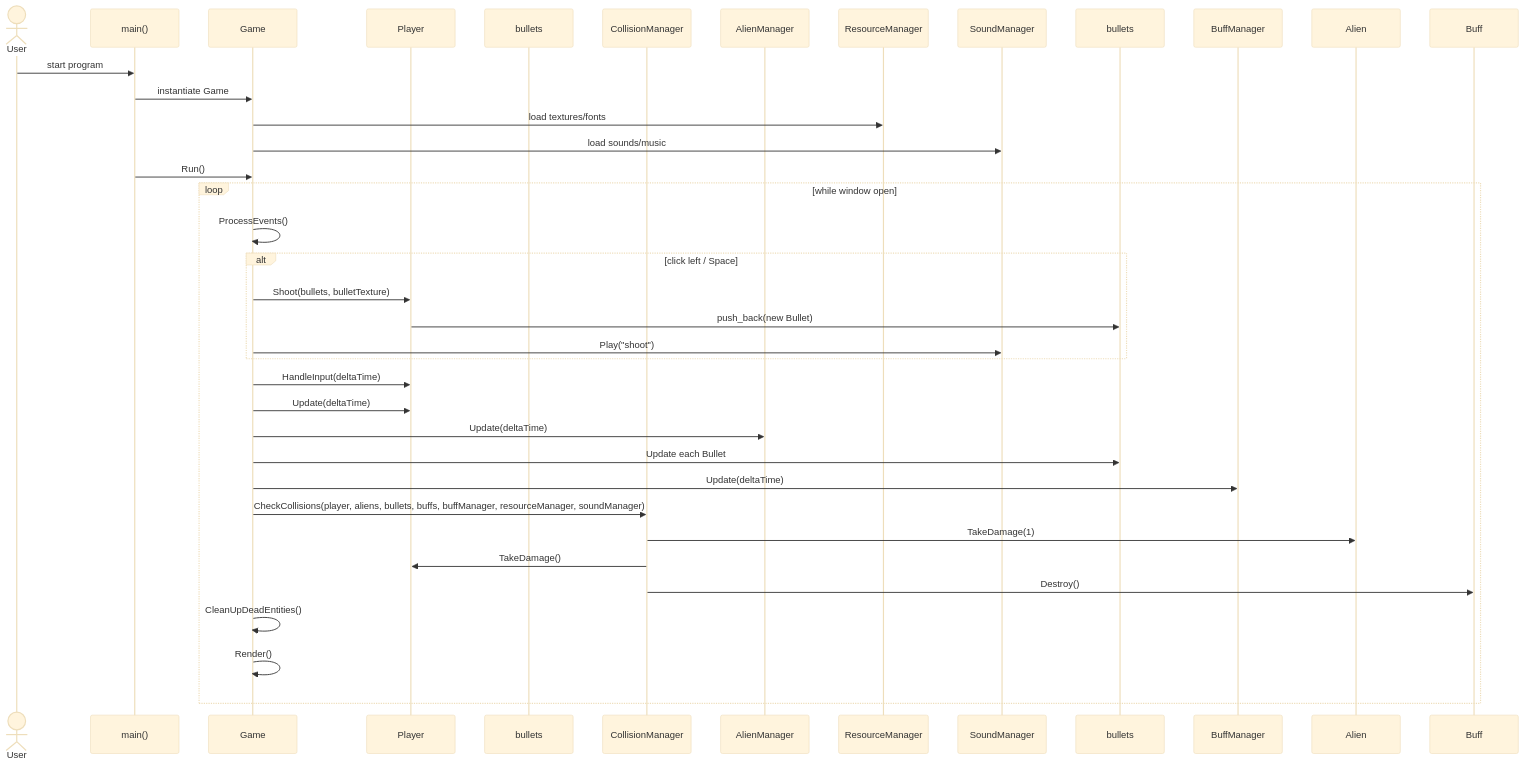
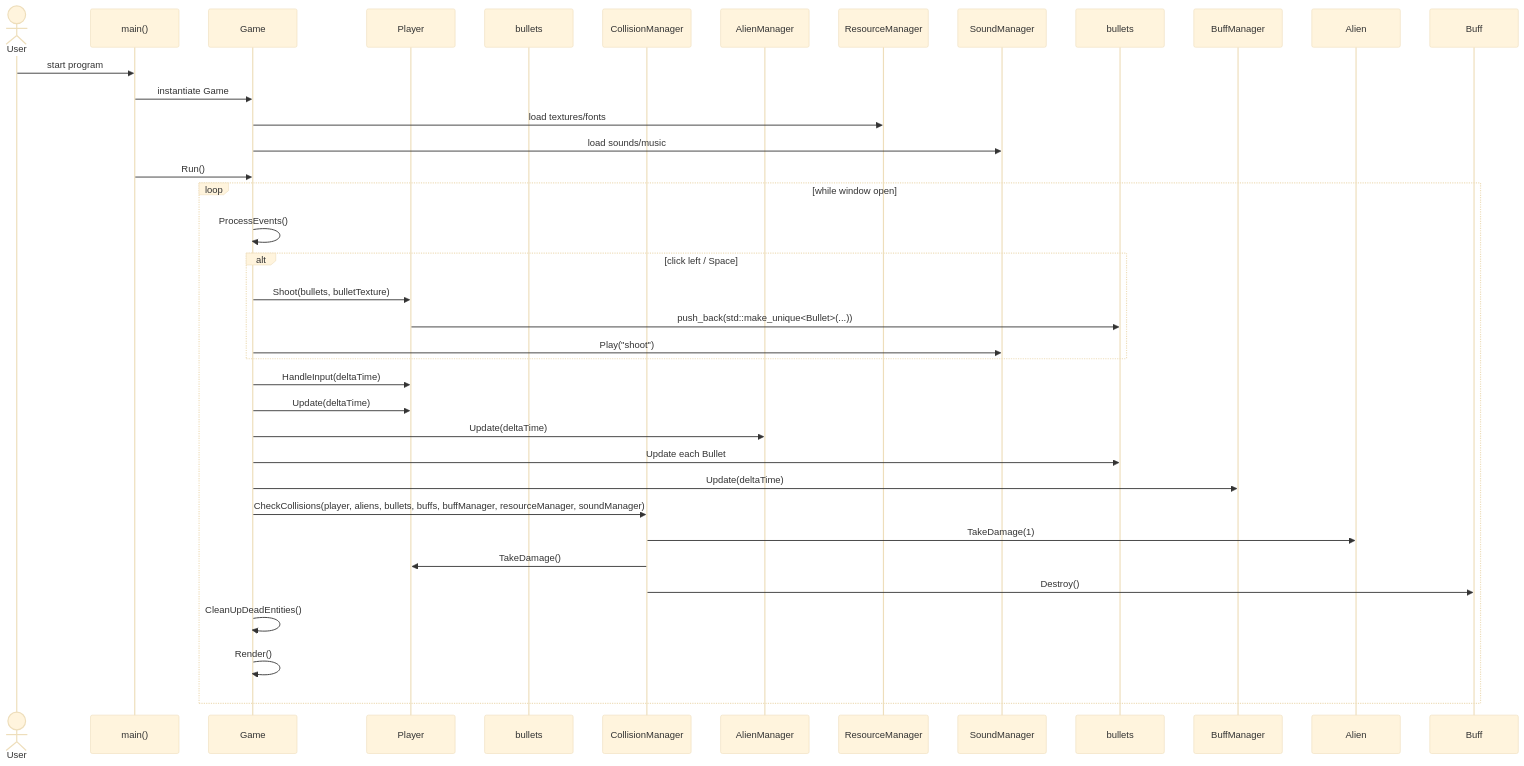
Before and after one commit to dnvinh2402/oop: the second of 3 diagrams in UML/uml_diagrams.md, drawn with Mermaid (base theme). The commit also changed other lines of this file and 26 other files, not shown here.

````diff
--- a/UML/uml_diagrams.md
+++ b/UML/uml_diagrams.md
@@ -258,36 +258,36 @@
 ```mermaid
 sequenceDiagram
     actor User
     participant main.cpp as main()
     participant Game
     participant Player
     participant BulletList as bullets
     participant Collision as CollisionManager
     participant AlienManager
 
     User ->> main.cpp: start program
     main.cpp ->> Game: instantiate Game
     Game ->> ResourceManager: load textures/fonts
     Game ->> SoundManager: load sounds/music
     main.cpp ->> Game: Run()
 
     loop while window open
         Game ->> Game: ProcessEvents()
         alt click left / Space
             Game ->> Player: Shoot(bullets, bulletTexture)
-            Player ->> bullets: push_back(new Bullet)
+            Player ->> bullets: push_back(std::make_unique<Bullet>(...))
             Game ->> SoundManager: Play("shoot")
         end
         Game ->> Player: HandleInput(deltaTime)
         Game ->> Player: Update(deltaTime)
         Game ->> AlienManager: Update(deltaTime)
         Game ->> bullets: Update each Bullet
         Game ->> BuffManager: Update(deltaTime)
         Game ->> Collision: CheckCollisions(player, aliens, bullets, buffs, buffManager, resourceManager, soundManager)
         Collision ->> Alien: TakeDamage(1)
         Collision ->> Player: TakeDamage()
         Collision ->> Buff: Destroy()
         Game ->> Game: CleanUpDeadEntities()
         Game ->> Game: Render()
     end
 ```
````
